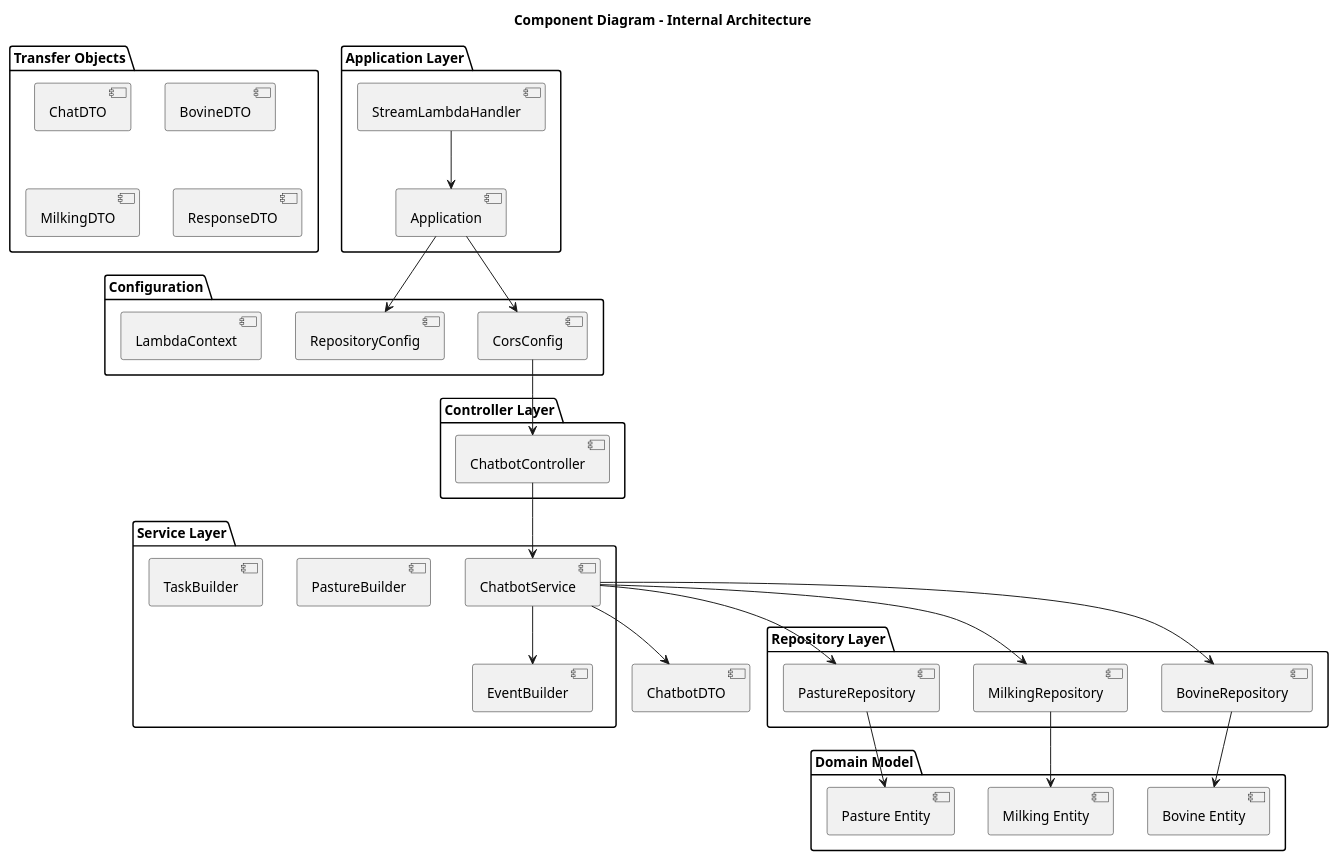
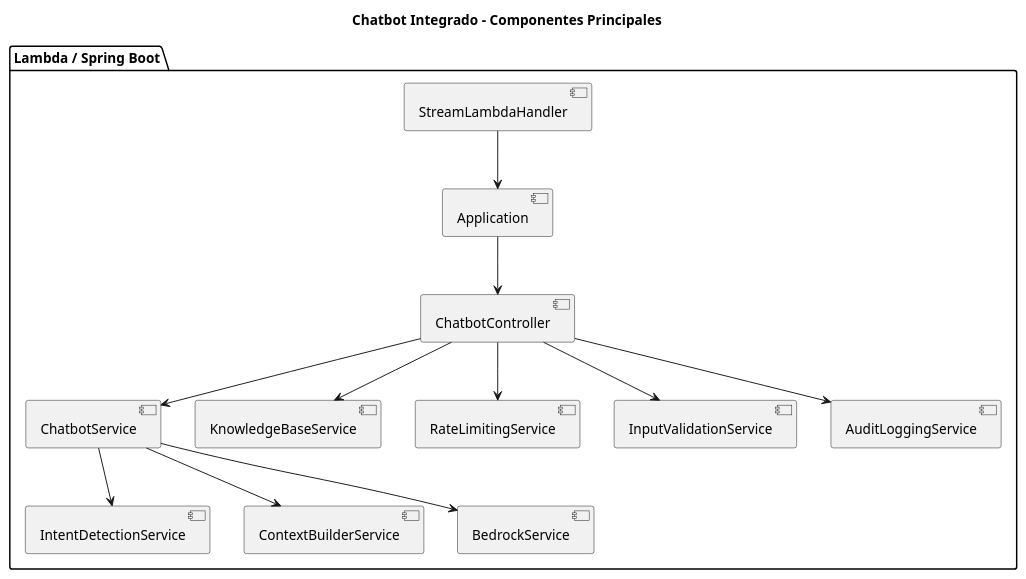
The second of 3 diagrams in docs/arquitectura/chatbot/architecture-diagram.puml (jhonroberth0303/lambda-aws-cattle-java), drawn with PlantUML before and after one commit. The commit also changed other lines of this file and 30 other files, not shown here.

```diff
--- a/docs/arquitectura/chatbot/architecture-diagram.puml
+++ b/docs/arquitectura/chatbot/architecture-diagram.puml
@@ -209,59 +26,29 @@
-@startuml Cattle-Bedrock-Components
-title Component Diagram - Internal Architecture
+@startuml Cattle-Integrated-Chatbot-Containers
+title Chatbot Integrado - Componentes Principales
 
-package "Application Layer" {
-    component [StreamLambdaHandler]
-    component [Application]
-}
-
-package "Controller Layer" {
-    component [ChatbotController]
-}
-
-package "Service Layer" {
-    component [ChatbotService]
-    component [EventBuilder]
-    component [PastureBuilder]
-    component [TaskBuilder]
-}
-
-package "Repository Layer" {
-    component [BovineRepository]
-    component [MilkingRepository]
-    component [PastureRepository]
-}
-
-package "Transfer Objects" {
-    component [ChatDTO]
-    component [BovineDTO]
-    component [MilkingDTO]
-    component [ResponseDTO]
-}
-
-package "Configuration" {
-    component [CorsConfig]
-    component [RepositoryConfig]
-    component [LambdaContext]
-}
-
-package "Domain Model" {
-    component [Bovine Entity]
-    component [Milking Entity]
-    component [Pasture Entity]
+package "Lambda / Spring Boot" {
+  [StreamLambdaHandler]
+  [Application]
+  [ChatbotController]
+  [ChatbotService]
+  [IntentDetectionService]
+  [ContextBuilderService]
+  [KnowledgeBaseService]
+  [BedrockService]
+  [RateLimitingService]
+  [InputValidationService]
+  [AuditLoggingService]
 }
 
 [StreamLambdaHandler] --> [Application]
-[Application] --> [CorsConfig]
-[Application] --> [RepositoryConfig]
-[CorsConfig] --> [ChatbotController]
+[Application] --> [ChatbotController]
 [ChatbotController] --> [ChatbotService]
-[ChatbotService] --> [BovineRepository]
-[ChatbotService] --> [MilkingRepository]
-[ChatbotService] --> [PastureRepository]
-[ChatbotService] --> [EventBuilder]
-[ChatbotService] --> [ChatbotDTO]
-[BovineRepository] --> [Bovine Entity]
-[MilkingRepository] --> [Milking Entity]
-[PastureRepository] --> [Pasture Entity]
+[ChatbotController] --> [KnowledgeBaseService]
+[ChatbotController] --> [RateLimitingService]
+[ChatbotController] --> [InputValidationService]
+[ChatbotController] --> [AuditLoggingService]
+[ChatbotService] --> [IntentDetectionService]
+[ChatbotService] --> [ContextBuilderService]
+[ChatbotService] --> [BedrockService]
 
 @enduml
```
